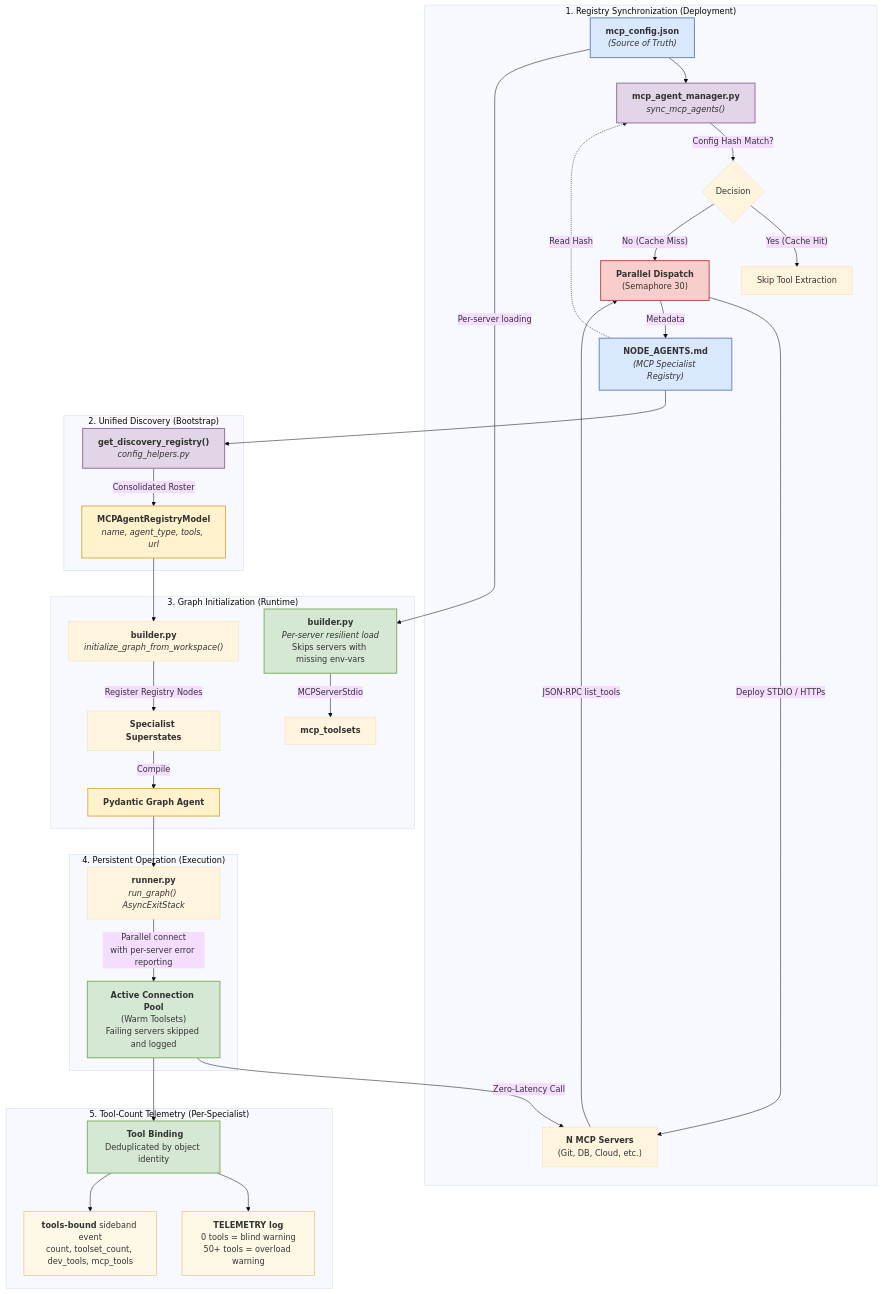
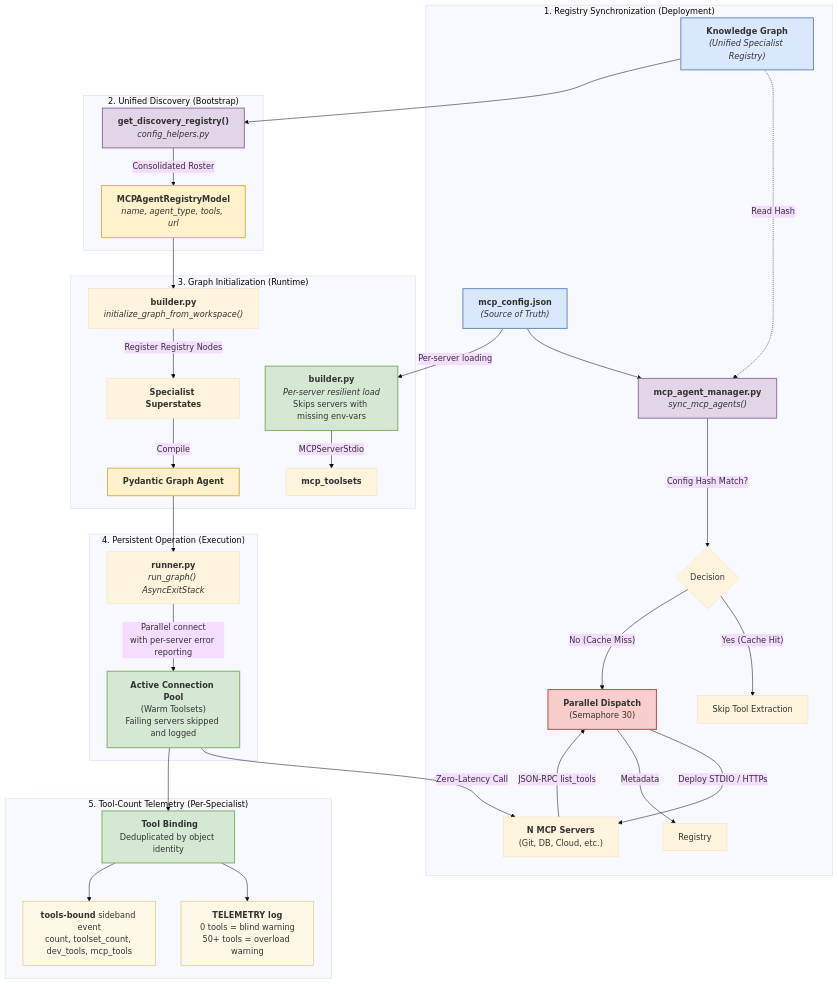
One commit to Knuckles-Team/agent-utilities changed the fifth of 6 diagrams in AGENTS.md. Above: the diagram before and after it, drawn with Mermaid (base theme). The commit also changed other lines of this file and 174 other files, not shown here.

````diff
--- a/AGENTS.md
+++ b/AGENTS.md
@@ -527,53 +578,53 @@
 ```mermaid
 graph TD
     subgraph Registry_Phase ["1. Registry Synchronization (Deployment)"]
         Config["<b>mcp_config.json</b><br/><i>(Source of Truth)</i>"] --> Manager["<b>mcp_agent_manager.py</b><br/><i>sync_mcp_agents()</i>"]
-        Registry["<b>NODE_AGENTS.md</b><br/><i>(MCP Specialist Registry)</i>"] -.->|Read Hash| Manager
+        KG_Registry["<b>Knowledge Graph</b><br/><i>(Unified Specialist Registry)</i>"] -.->|Read Hash| Manager
 
         Manager -->|Config Hash Match?| Branch{Decision}
         Branch -- "Yes (Cache Hit)" --> Skip["Skip Tool Extraction"]
         Branch -- "No (Cache Miss)" --> Parallel["<b>Parallel Dispatch</b><br/>(Semaphore 30)"]
 
         Parallel -->|Deploy STDIO / HTTPs| Servers["<b>N MCP Servers</b><br/>(Git, DB, Cloud, etc.)"]
         Servers -->|JSON-RPC list_tools| Parallel
         Parallel -->|Metadata| Registry
     end
 
     subgraph Unified_Discovery ["2. Unified Discovery (Bootstrap)"]
-        Registry --> UAL["<b>get_discovery_registry()</b><br/><i>config_helpers.py</i>"]
+        KG_Registry --> UAL["<b>get_discovery_registry()</b><br/><i>config_helpers.py</i>"]
         UAL -->|Consolidated Roster| Roster["<b>MCPAgentRegistryModel</b><br/><i>name, agent_type, tools, url</i>"]
     end
 
     subgraph Initialization_Phase ["3. Graph Initialization (Runtime)"]
         Config -->|Per-server loading| Loader["<b>builder.py</b><br/><i>Per-server resilient load</i><br/>Skips servers with missing env-vars"]
         Roster --> Builder["<b>builder.py</b><br/><i>initialize_graph_from_workspace()</i>"]
         Loader -->|MCPServerStdio| ToolPool["<b>mcp_toolsets</b>"]
         Builder -->|Register Registry Nodes| Specialists["<b>Specialist Superstates</b>"]
         Specialists -->|Compile| GraphA["<b>Pydantic Graph Agent</b>"]
     end
 
     subgraph Operation_Phase ["4. Persistent Operation (Execution)"]
         GraphA --> Lifespan["<b>runner.py</b><br/><i>run_graph() AsyncExitStack</i>"]
         Lifespan -->|Parallel connect<br/>with per-server error reporting| ConnPool["<b>Active Connection Pool</b><br/>(Warm Toolsets)<br/>Failing servers skipped and logged"]
         ConnPool -->|Zero-Latency Call| Servers
     end
 
     subgraph Telemetry_Phase ["5. Tool-Count Telemetry (Per-Specialist)"]
         ConnPool --> Bind["<b> Tool Binding</b><br/>Deduplicated by object identity"]
         Bind --> TelLog["<b>TELEMETRY log</b><br/>0 tools = blind warning<br/>50+ tools = overload warning"]
         Bind --> TelEvent["<b>tools-bound</b> sideband event<br/>count, toolset_count, dev_tools, mcp_tools"]
     end
 
     style Config fill:#dae8fe,stroke:#6c8ebf,stroke-width:2px
-    style Registry fill:#dae8fe,stroke:#6c8ebf,stroke-width:2px
+    style KG_Registry fill:#dae8fe,stroke:#6c8ebf,stroke-width:2px
     style Manager fill:#e1d5e7,stroke:#9673a6,stroke-width:2px
     style Parallel fill:#f8cecc,stroke:#b85450,stroke-width:2px
     style ConnPool fill:#d5e8d4,stroke:#82b366,stroke-width:2px
     style GraphA fill:#fff2cc,stroke:#d6b656,stroke-width:2px
     style Loader fill:#d5e8d4,stroke:#82b366,stroke-width:2px
     style UAL fill:#e1d5e7,stroke:#9673a6,stroke-width:2px
     style Roster fill:#fff2cc,stroke:#d6b656,stroke-width:2px
     style Bind fill:#d5e8d4,stroke:#82b366,stroke-width:2px
     style TelLog fill:#fef9e7,stroke:#d6b656,stroke-width:1px
     style TelEvent fill:#fef9e7,stroke:#d6b656,stroke-width:1px
 ```
````
